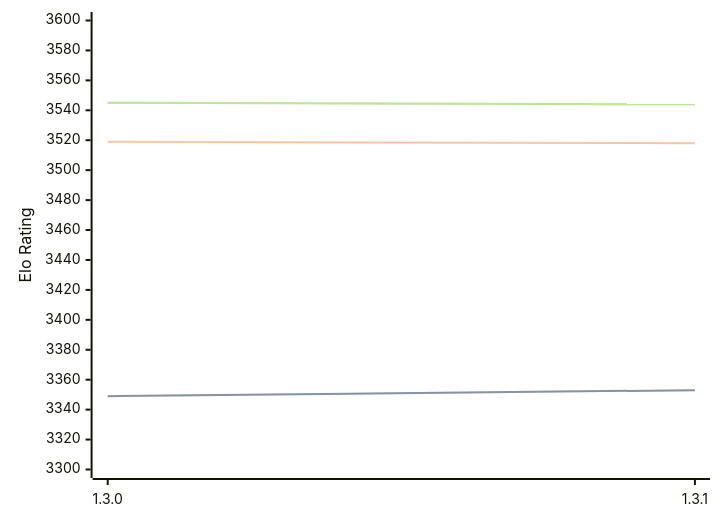
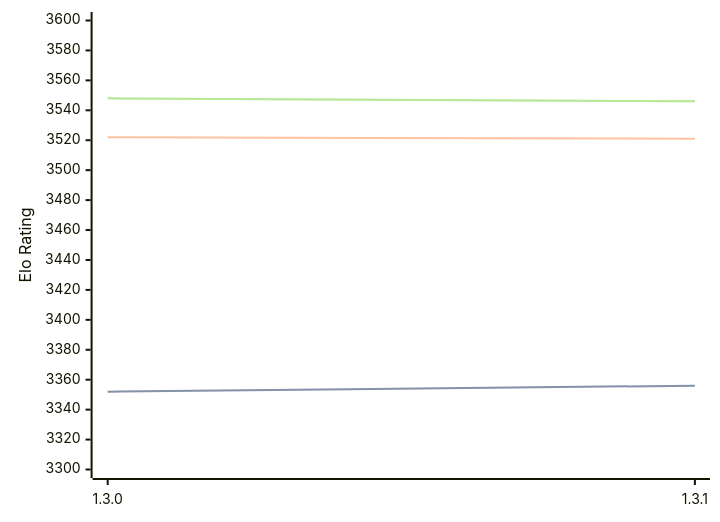
The diagram in engines/Renegade.md (computer-chess-index/cci), drawn with Mermaid before and after one commit. The commit also changed other lines of this file, not shown here.

Commit message:
Update CCI Ratings (ELO VLTC) - 2026-09-24

````diff
--- a/engines/Renegade.md
+++ b/engines/Renegade.md
@@ -33,11 +33,11 @@
 ```mermaid
 %%{init: {"theme":"base","themeVariables":{"seriesColors:['#a3a3a3','#222221','#faa371']}}}%%
 xychart-beta
   x-axis ["1.3.0", "1.3.1"]
   y-axis "Elo Rating" 3300 --> 3600
-  line "" [3349, 3353]
-  line "STC (8.0+0.08s)" [3349, 3353]
-  line "LTC (60.0+0.60s)" [3519, 3518]
-  line "" [3545, 3544]
-  line "VLTC (2m24s+1.12s)" [3545, 3544]
+  line "" [3352, 3356]
+  line "STC (8.0+0.08s)" [3352, 3356]
+  line "LTC (60.0+0.60s)" [3522, 3521]
+  line "" [3548, 3546]
+  line "VLTC (2m24s+1.12s)" [3548, 3546]
 ```
````
